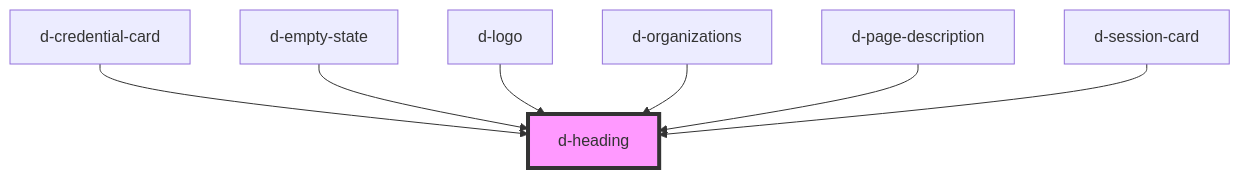
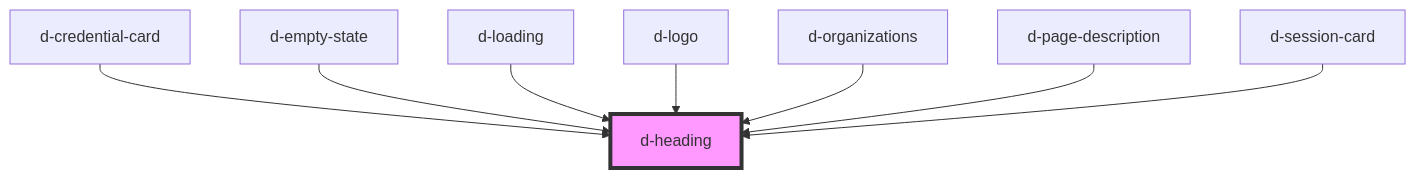
One commit to ForkbombEu/didroom-components changed the diagram in src/components/heading/readme.md. Above: the diagram before and after it, drawn with Mermaid. The commit also changed other lines of this file and 7 other files, not shown here.

````diff
--- a/src/components/heading/readme.md
+++ b/src/components/heading/readme.md
@@ -28,10 +29,11 @@
 ```mermaid
 graph TD;
   d-credential-card --> d-heading
   d-empty-state --> d-heading
+  d-loading --> d-heading
   d-logo --> d-heading
   d-organizations --> d-heading
   d-page-description --> d-heading
   d-session-card --> d-heading
   style d-heading fill:#f9f,stroke:#333,stroke-width:4px
 ```
````
